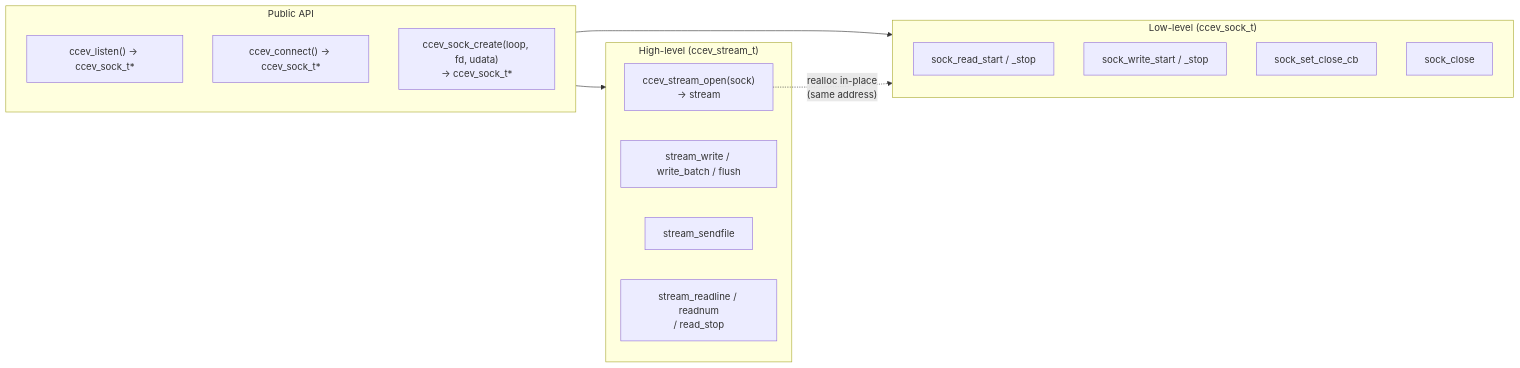
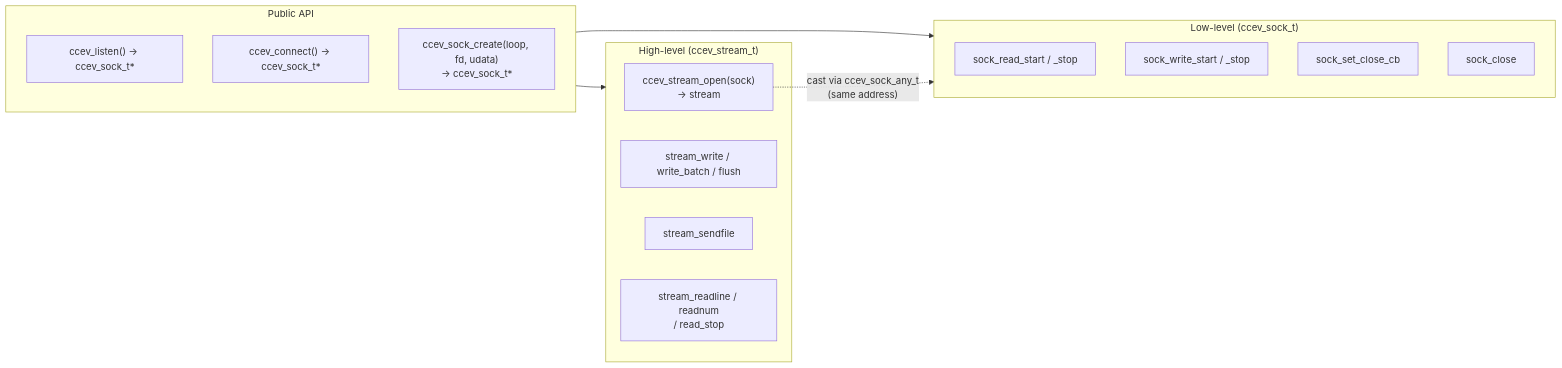
Before and after one commit to CandyMi/ccev: the first of 3 diagrams in AGENTS.md, drawn with Mermaid. The commit also changed other lines of this file and 8 other files, not shown here.

````diff
--- a/AGENTS.md
+++ b/AGENTS.md
@@ -74,23 +80,23 @@
 ```mermaid
 flowchart LR
     subgraph Public["Public API"]
         L["ccev_listen() → ccev_sock_t*"]
         C["ccev_connect() → ccev_sock_t*"]
         S["ccev_sock_create(loop, fd, udata)\n→ ccev_sock_t*"]
     end
     subgraph Low["Low-level (ccev_sock_t)"]
         RS["sock_read_start / _stop"]
         WS["sock_write_start / _stop"]
         SC["sock_set_close_cb"]
         CL["sock_close"]
     end
     subgraph High["High-level (ccev_stream_t)"]
         O["ccev_stream_open(sock)\n→ stream"]
         W["stream_write / write_batch / flush"]
         SF["stream_sendfile"]
         RL["stream_readline / readnum\n/ read_stop"]
     end
     Public --> Low
     Public --> High
-    O -. "realloc in-place\n(same address)" .-> Low
+    O -. "cast via ccev_sock_any_t\n(same address)" .-> Low
 ```
````
